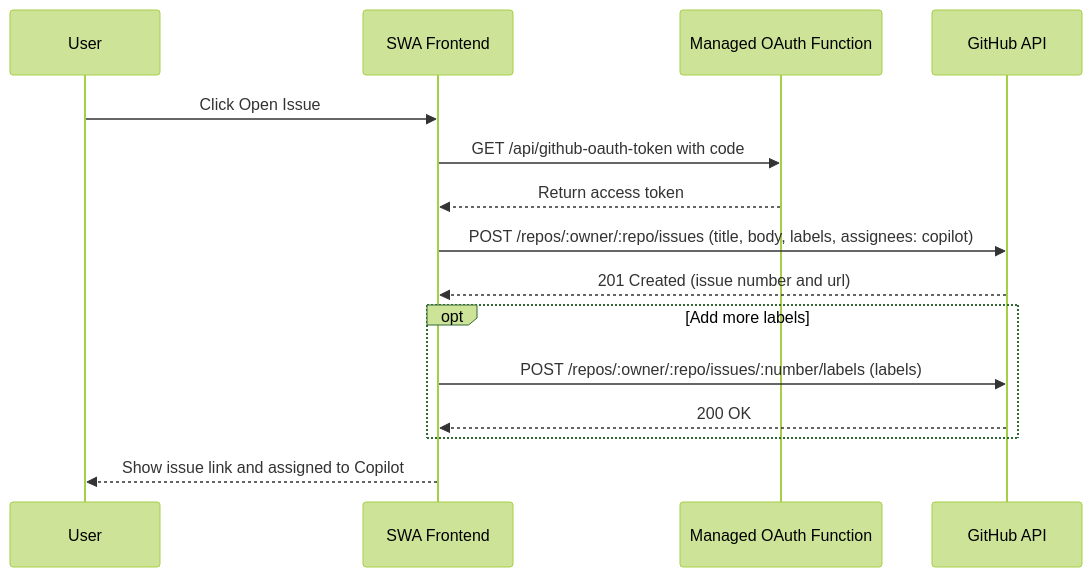
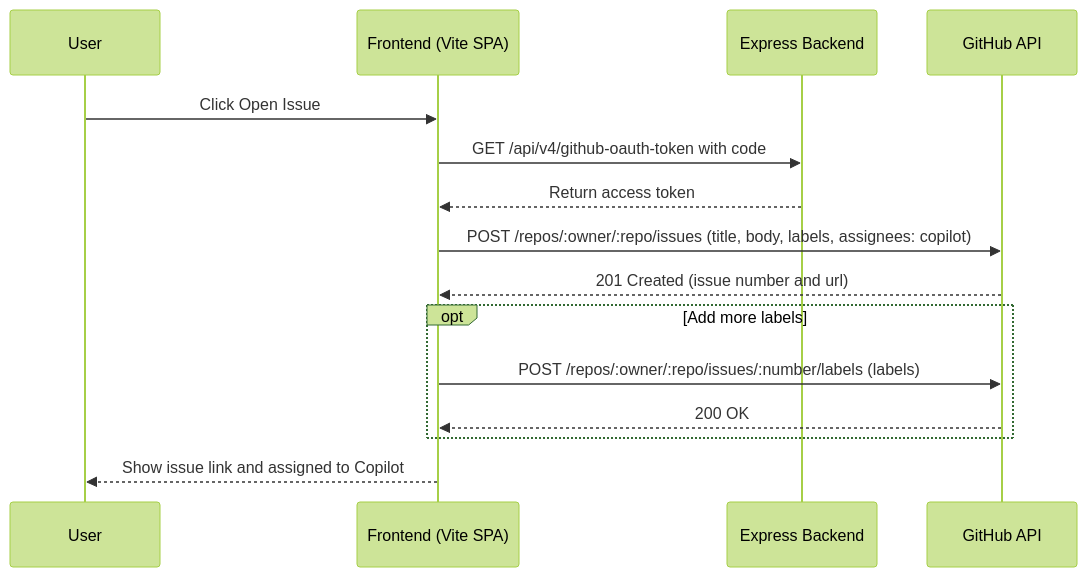
One commit to Template-Doctor/template-doctor changed the third of 4 diagrams in docs/development/architecture.md. Above: the diagram before and after it, drawn with Mermaid (forest theme). The commit also changed other lines of this file and 7 other files, not shown here.

````diff
--- a/docs/development/architecture.md
+++ b/docs/development/architecture.md
@@ -95,18 +106,18 @@
 ```mermaid
 sequenceDiagram
     participant U as User
-    participant SWA as SWA Frontend
-    participant MF as Managed OAuth Function
+    participant FE as Frontend (Vite SPA)
+    participant EX as Express Backend
     participant GH as GitHub API
 
-    U->>SWA: Click Open Issue
-    SWA->>MF: GET /api/github-oauth-token with code
-    MF-->>SWA: Return access token
-    SWA->>GH: POST /repos/:owner/:repo/issues (title, body, labels, assignees: copilot)
-    GH-->>SWA: 201 Created (issue number and url)
+    U->>FE: Click Open Issue
+    FE->>EX: GET /api/v4/github-oauth-token with code
+    EX-->>FE: Return access token
+    FE->>GH: POST /repos/:owner/:repo/issues (title, body, labels, assignees: copilot)
+    GH-->>FE: 201 Created (issue number and url)
     opt Add more labels
-        SWA->>GH: POST /repos/:owner/:repo/issues/:number/labels (labels)
-        GH-->>SWA: 200 OK
+        FE->>GH: POST /repos/:owner/:repo/issues/:number/labels (labels)
+        GH-->>FE: 200 OK
     end
-    SWA-->>U: Show issue link and assigned to Copilot
+    FE-->>U: Show issue link and assigned to Copilot
 ```
````
